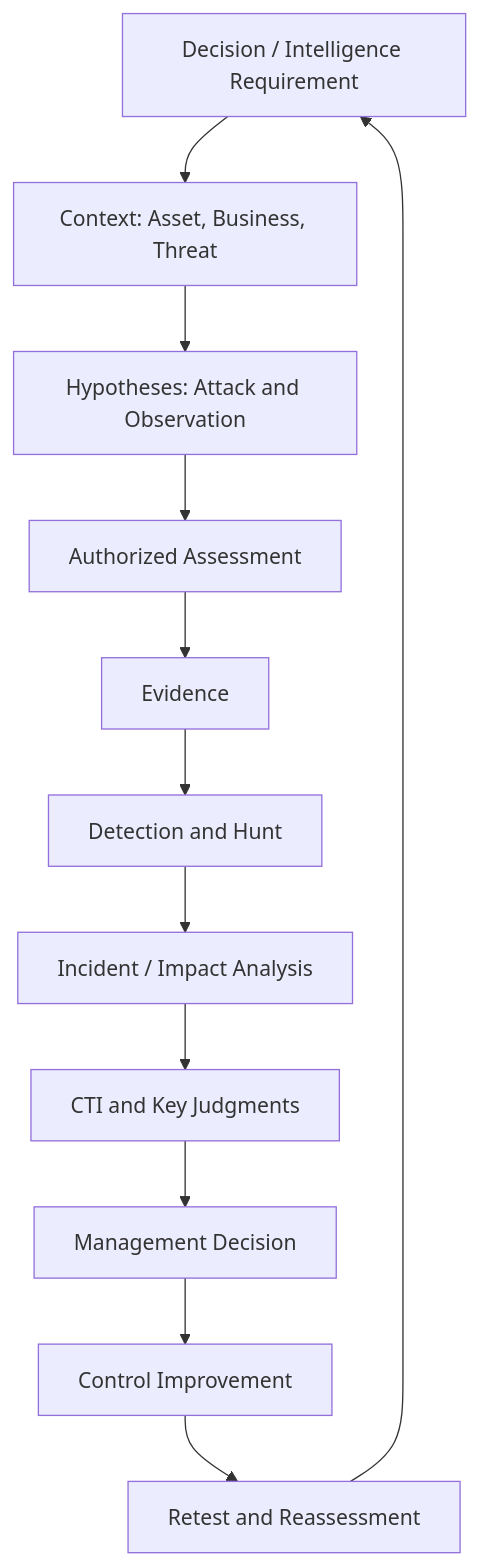
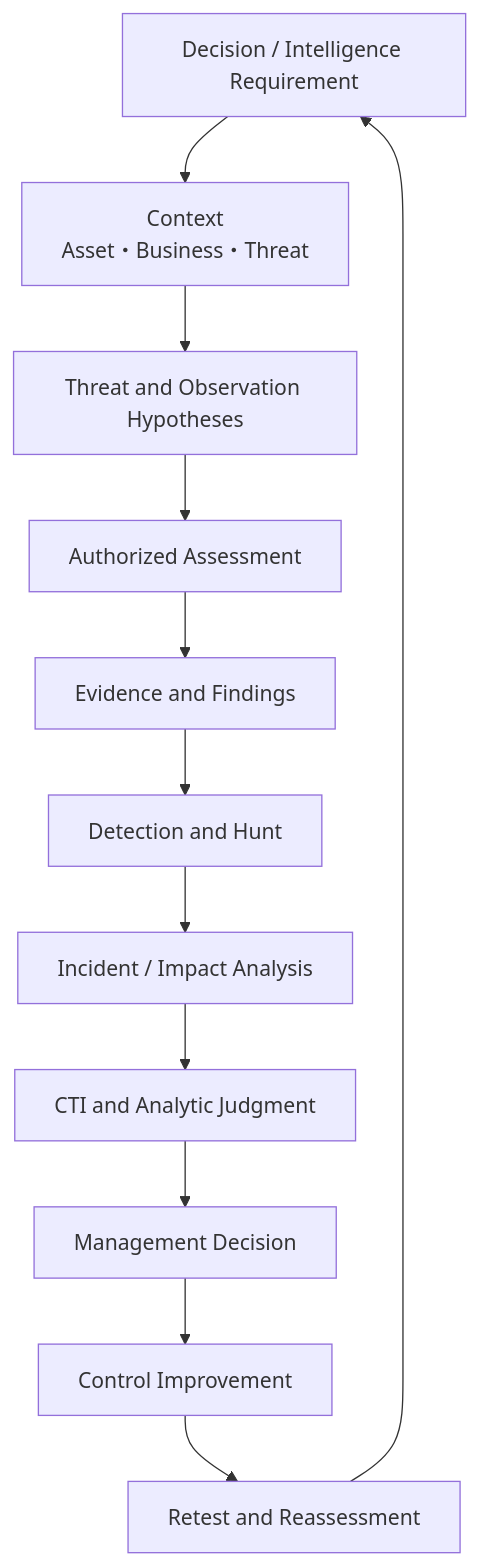
One commit to itdojp/white-hat-cyber-intelligence-book changed the second of 3 diagrams in manuscript/01-integrated-discipline.md. Above: the diagram before and after it, drawn with Mermaid. The commit also changed other lines of this file and 13 other files, not shown here.

````diff
--- a/manuscript/01-integrated-discipline.md
+++ b/manuscript/01-integrated-discipline.md
@@ -182,14 +376,14 @@
 ```mermaid
 flowchart TD
-  R[Decision / Intelligence Requirement] --> C[Context: Asset, Business, Threat]
-  C --> H[Hypotheses: Attack and Observation]
+  R[Decision / Intelligence Requirement] --> C[Context<br>Asset・Business・Threat]
+  C --> H[Threat and Observation Hypotheses]
   H --> A[Authorized Assessment]
-  A --> E[Evidence]
+  A --> E[Evidence and Findings]
   E --> D[Detection and Hunt]
   D --> I[Incident / Impact Analysis]
-  I --> T[CTI and Key Judgments]
+  I --> T[CTI and Analytic Judgment]
   T --> M[Management Decision]
   M --> X[Control Improvement]
   X --> V[Retest and Reassessment]
   V --> R
 ```
````
